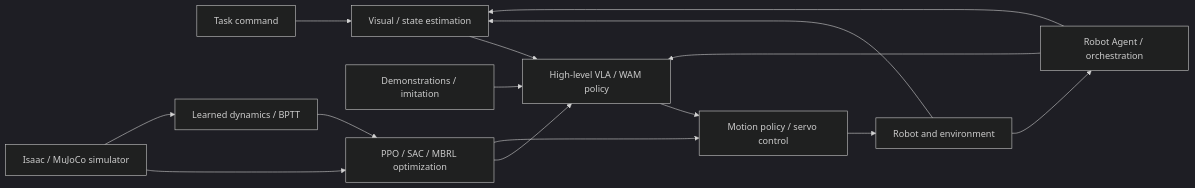
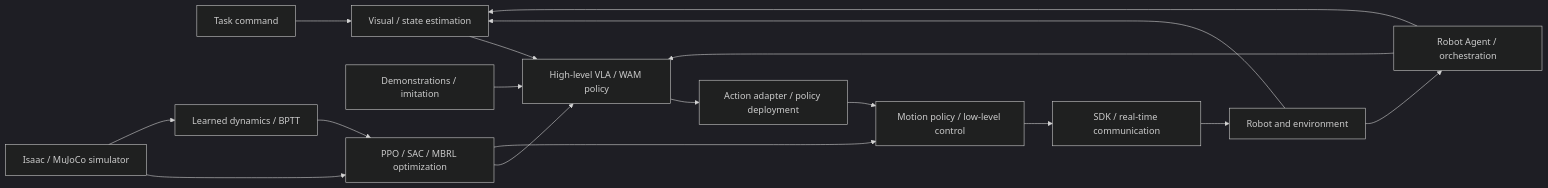
The diagram in syllabus/COURSE_MAP_EN.md (zengxiong111/Foundation_of_Embodied_AI), drawn with Mermaid (dark theme) before and after one commit. The commit also changed other lines of this file and 18 other files, not shown here.

First line of the commit message:
Add control, real-time communication and policy deployment tutorials

````diff
--- a/syllabus/COURSE_MAP_EN.md
+++ b/syllabus/COURSE_MAP_EN.md
@@ -33,18 +33,20 @@
 ```mermaid
 flowchart LR
  A["Task command"] --> B["Visual / state estimation"]
  B --> C["High-level VLA / WAM policy"]
- C --> D["Motion policy / servo control"]
- D --> E["Robot and environment"]
+ C --> P["Action adapter / policy deployment"]
+ P --> D["Motion policy / low-level control"]
+ D --> T["SDK / real-time communication"]
+ T --> E["Robot and environment"]
  E --> B
  F["Demonstrations / imitation"] --> C
  G["Isaac / MuJoCo simulator"] --> H["PPO / SAC / MBRL optimization"]
  H --> C
  H --> D
  M["Learned dynamics / BPTT"]
  G --> M
  M --> H
  X["Robot Agent / orchestration"] --> B
  X --> C
  E --> X
 ```
````
